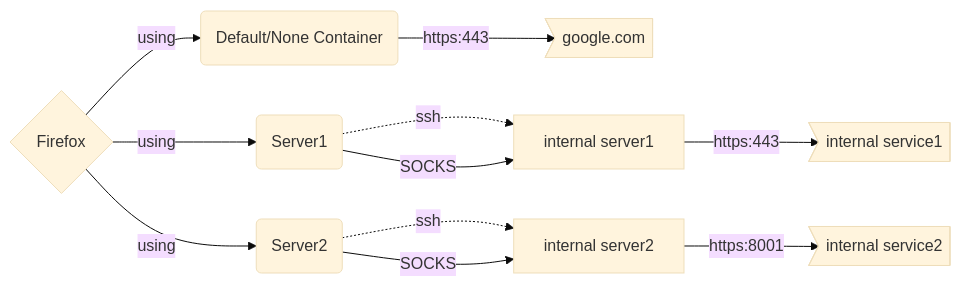
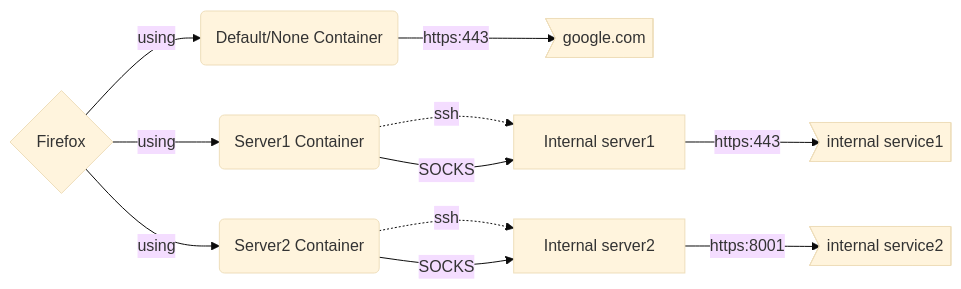
Before and after one commit to oveee92/oveee92.github.io: the diagram in docs/ssh_dynamic_forward.md, drawn with Mermaid (base theme). The commit also changed other lines of this file, not shown here.

````diff
--- a/docs/ssh_dynamic_forward.md
+++ b/docs/ssh_dynamic_forward.md
@@ -36,12 +36,12 @@
 ``` mermaid
 graph LR
   A{Firefox}
   A -->|using| B(Default/None Container) -->|https:443| H>google.com]
-  A -->|using| C(Server1) -.->|ssh| X[internal server1]
+  A -->|using| C(Server1 Container) -.->|ssh| X[Internal server1]
   X -->|https:443| I>internal service1]
-  A -->|using| D(Server2) -.->|ssh| Y[internal server2]
+  A -->|using| D(Server2 Container) -.->|ssh| Y[Internal server2]
   Y -->|https:8001| J>internal service2]
 
   C -->|SOCKS| X
   D -->|SOCKS| Y
 ```
````
